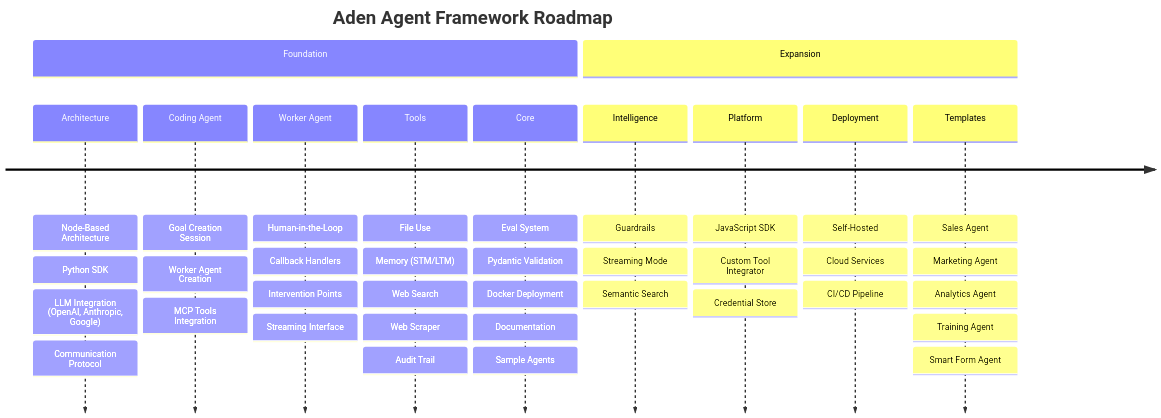
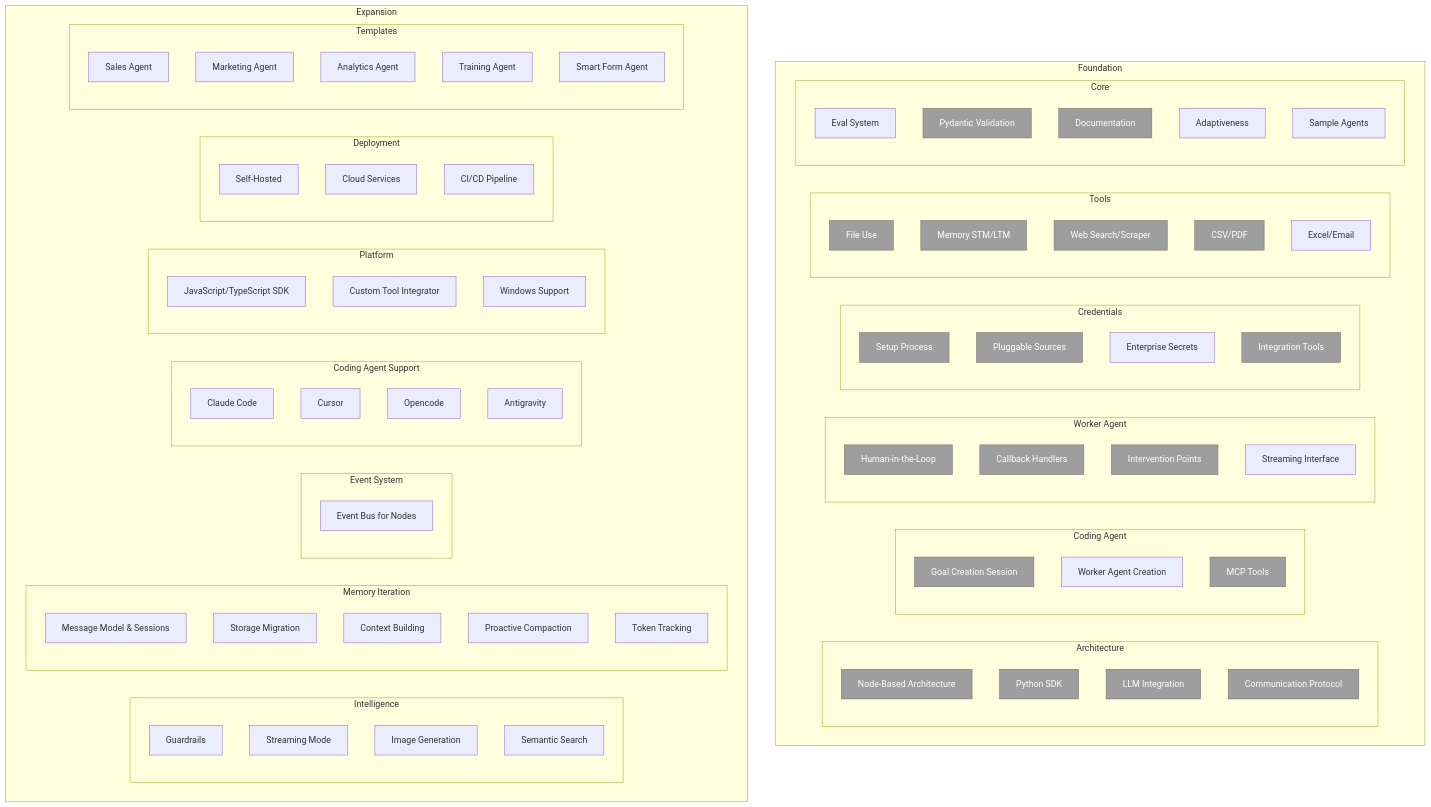
Before and after one commit to nk10nikhil/hive-spm-clone: the second of 2 diagrams in README.md, drawn with Mermaid. The commit also changed other lines of this file and 1 other file, not shown here.

````diff
--- a/README.md
+++ b/README.md
@@ -270,15 +218,88 @@
 ```mermaid
-timeline
-    title Aden Agent Framework Roadmap
-    section Foundation
-        Architecture : Node-Based Architecture : Python SDK : LLM Integration (OpenAI, Anthropic, Google) : Communication Protocol
-        Coding Agent : Goal Creation Session : Worker Agent Creation : MCP Tools Integration
-        Worker Agent : Human-in-the-Loop : Callback Handlers : Intervention Points : Streaming Interface
-        Tools : File Use : Memory (STM/LTM) : Web Search : Web Scraper : Audit Trail
-        Core : Eval System : Pydantic Validation : Docker Deployment : Documentation : Sample Agents
-    section Expansion
-        Intelligence : Guardrails : Streaming Mode : Semantic Search
-        Platform : JavaScript SDK : Custom Tool Integrator : Credential Store
-        Deployment : Self-Hosted : Cloud Services : CI/CD Pipeline
-        Templates : Sales Agent : Marketing Agent : Analytics Agent : Training Agent : Smart Form Agent
+flowchart TD
+subgraph Foundation
+    direction LR
+    subgraph arch["Architecture"]
+        a1["Node-Based Architecture"]:::done
+        a2["Python SDK"]:::done
+        a3["LLM Integration"]:::done
+        a4["Communication Protocol"]:::done
+    end
+    subgraph ca["Coding Agent"]
+        b1["Goal Creation Session"]:::done
+        b2["Worker Agent Creation"]
+        b3["MCP Tools"]:::done
+    end
+    subgraph wa["Worker Agent"]
+        c1["Human-in-the-Loop"]:::done
+        c2["Callback Handlers"]:::done
+        c3["Intervention Points"]:::done
+        c4["Streaming Interface"]
+    end
+    subgraph cred["Credentials"]
+        d1["Setup Process"]:::done
+        d2["Pluggable Sources"]:::done
+        d3["Enterprise Secrets"]
+        d4["Integration Tools"]:::done
+    end
+    subgraph tools["Tools"]
+        e1["File Use"]:::done
+        e2["Memory STM/LTM"]:::done
+        e3["Web Search/Scraper"]:::done
+        e4["CSV/PDF"]:::done
+        e5["Excel/Email"]
+    end
+    subgraph core["Core"]
+        f1["Eval System"]
+        f2["Pydantic Validation"]:::done
+        f3["Documentation"]:::done
+        f4["Adaptiveness"]
+        f5["Sample Agents"]
+    end
+end
+
+subgraph Expansion
+    direction LR
+    subgraph intel["Intelligence"]
+        g1["Guardrails"]
+        g2["Streaming Mode"]
+        g3["Image Generation"]
+        g4["Semantic Search"]
+    end
+    subgraph mem["Memory Iteration"]
+        h1["Message Model & Sessions"]
+        h2["Storage Migration"]
+        h3["Context Building"]
+        h4["Proactive Compaction"]
+        h5["Token Tracking"]
+    end
+    subgraph evt["Event System"]
+        i1["Event Bus for Nodes"]
+    end
+    subgraph cas["Coding Agent Support"]
+        j1["Claude Code"]
+        j2["Cursor"]
+        j3["Opencode"]
+        j4["Antigravity"]
+    end
+    subgraph plat["Platform"]
+        k1["JavaScript/TypeScript SDK"]
+        k2["Custom Tool Integrator"]
+        k3["Windows Support"]
+    end
+    subgraph dep["Deployment"]
+        l1["Self-Hosted"]
+        l2["Cloud Services"]
+        l3["CI/CD Pipeline"]
+    end
+    subgraph tmpl["Templates"]
+        m1["Sales Agent"]
+        m2["Marketing Agent"]
+        m3["Analytics Agent"]
+        m4["Training Agent"]
+        m5["Smart Form Agent"]
+    end
+end
+
+classDef done fill:#9e9e9e,color:#fff,stroke:#757575
 ```
````
